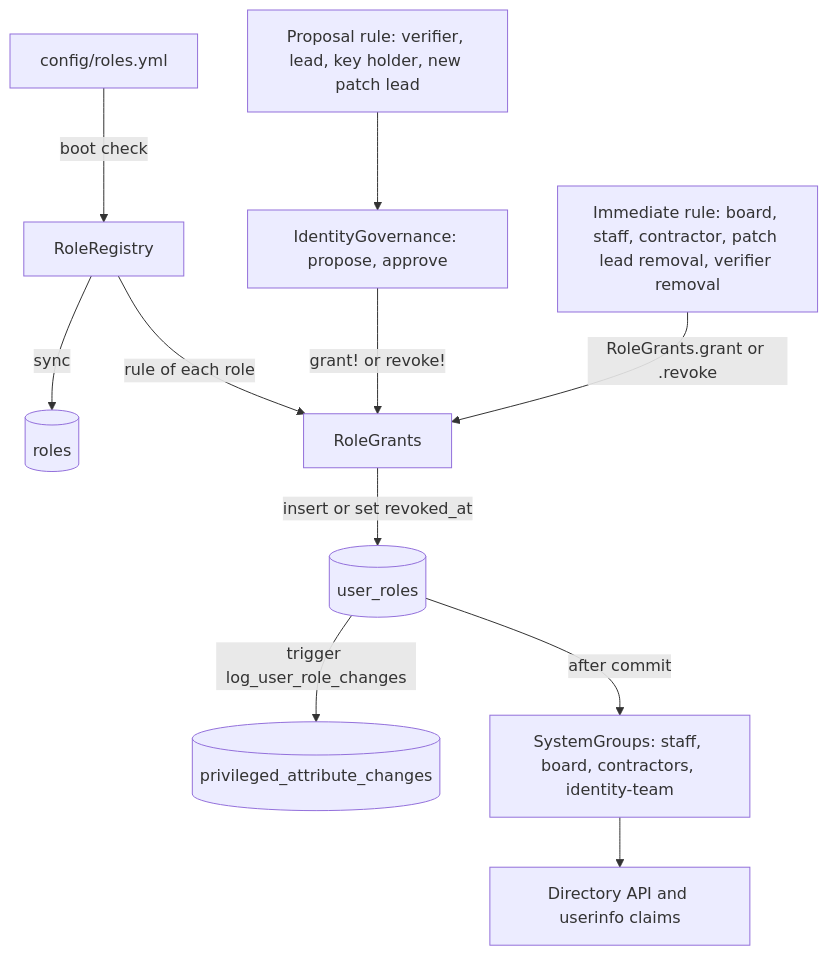
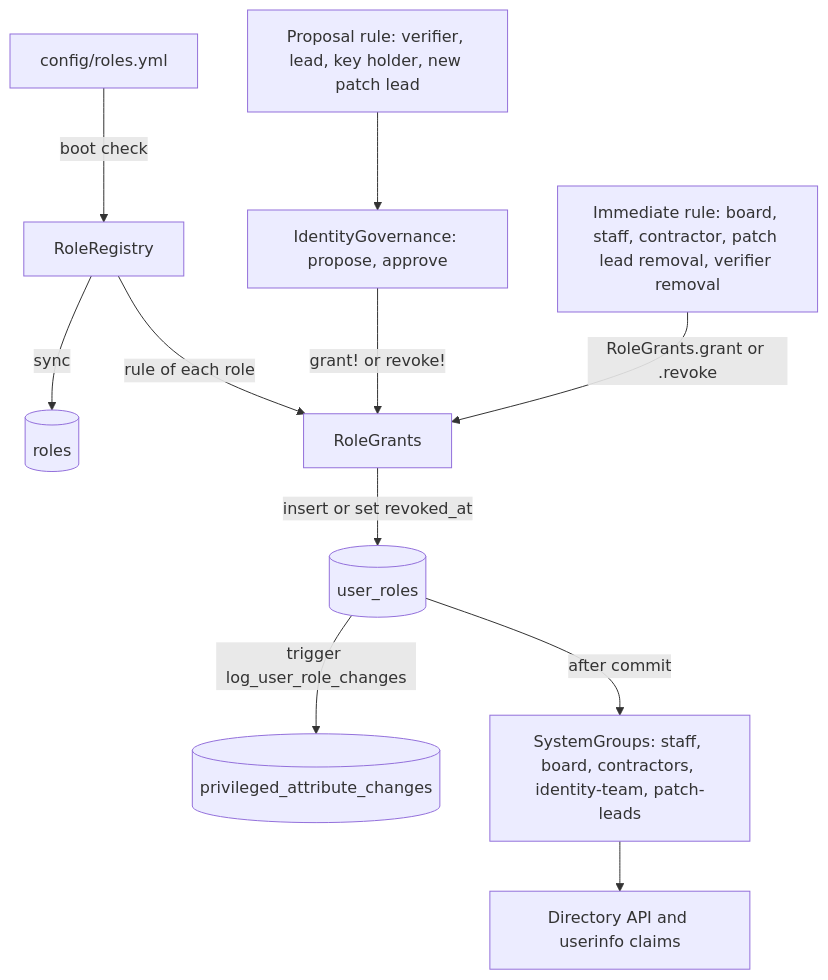
The eighth of 27 diagrams in docs/KYC.md (patchworklabsorg/weave), drawn with Mermaid before and after one commit. The commit also changed 3 other files, not shown here.

Commit message:
feat: add a patch-leads system group that follows the patch lead role (#290)

````diff
--- a/docs/KYC.md
+++ b/docs/KYC.md
@@ -424,13 +424,13 @@
 ```mermaid
 flowchart TD
   C[config/roles.yml] -->|boot check| R[RoleRegistry]
   R -->|sync| RT[(roles)]
   R -->|rule of each role| G[RoleGrants]
   P[Proposal rule: verifier, lead, key holder, new patch lead] --> IG[IdentityGovernance: propose, approve]
   IG -->|grant! or revoke!| G
   I[Immediate rule: board, staff, contractor, patch lead removal, verifier removal] -->|RoleGrants.grant or .revoke| G
   G -->|insert or set revoked_at| UR[(user_roles)]
   UR -->|trigger log_user_role_changes| L[(privileged_attribute_changes)]
-  UR -->|after commit| SG[SystemGroups: staff, board, contractors, identity-team]
+  UR -->|after commit| SG[SystemGroups: staff, board, contractors, identity-team, patch-leads]
   SG --> D[Directory API and userinfo claims]
 ```
````
